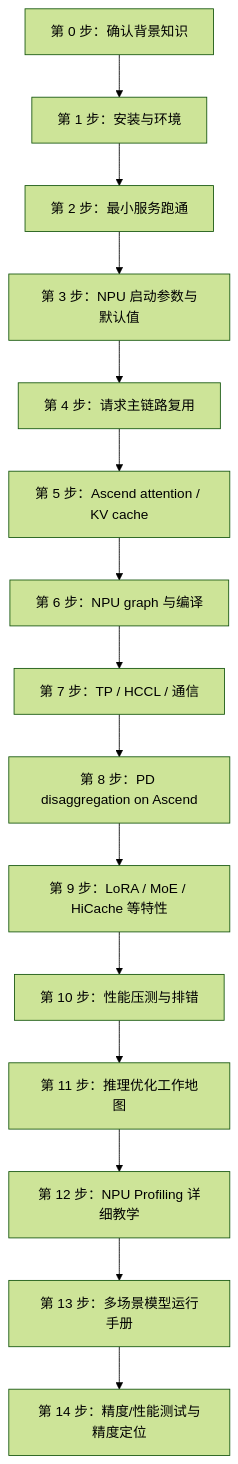
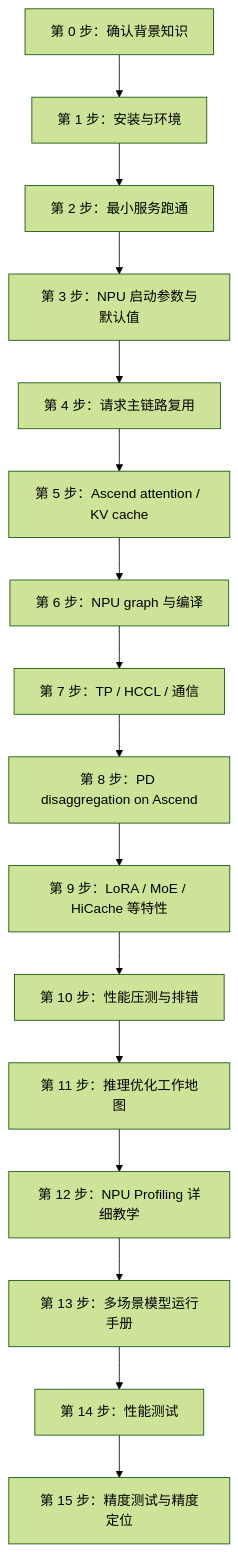
One commit to cl-vv-h/SGLang_Tutor changed the first of 7 diagrams in learning/sglang-ascend-npu/README.md. Above: the diagram before and after it, drawn with Mermaid (forest theme). The commit also changed other lines of this file and 3 other files, not shown here.

````diff
--- a/learning/sglang-ascend-npu/README.md
+++ b/learning/sglang-ascend-npu/README.md
@@ -13,17 +13,18 @@
 ```mermaid
 flowchart TD
   A["第 0 步：确认背景知识"] --> B["第 1 步：安装与环境"]
   B --> C["第 2 步：最小服务跑通"]
   C --> D["第 3 步：NPU 启动参数与默认值"]
   D --> E["第 4 步：请求主链路复用"]
   E --> F["第 5 步：Ascend attention / KV cache"]
   F --> G["第 6 步：NPU graph 与编译"]
   G --> H["第 7 步：TP / HCCL / 通信"]
   H --> I["第 8 步：PD disaggregation on Ascend"]
   I --> J["第 9 步：LoRA / MoE / HiCache 等特性"]
   J --> K["第 10 步：性能压测与排错"]
   K --> L["第 11 步：推理优化工作地图"]
   L --> M["第 12 步：NPU Profiling 详细教学"]
   M --> N["第 13 步：多场景模型运行手册"]
-  N --> O["第 14 步：精度/性能测试与精度定位"]
+  N --> O["第 14 步：性能测试"]
+  O --> P["第 15 步：精度测试与精度定位"]
 ```
````
